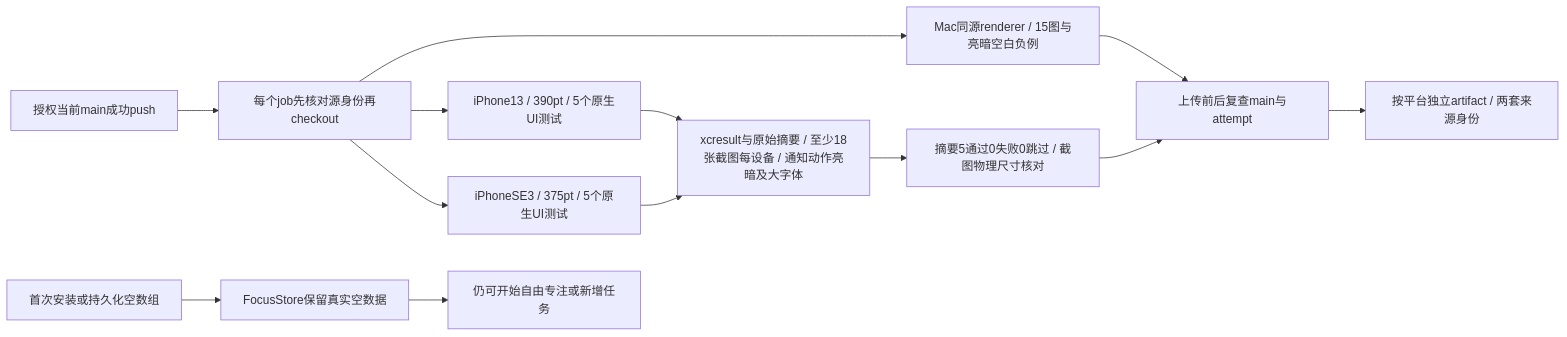
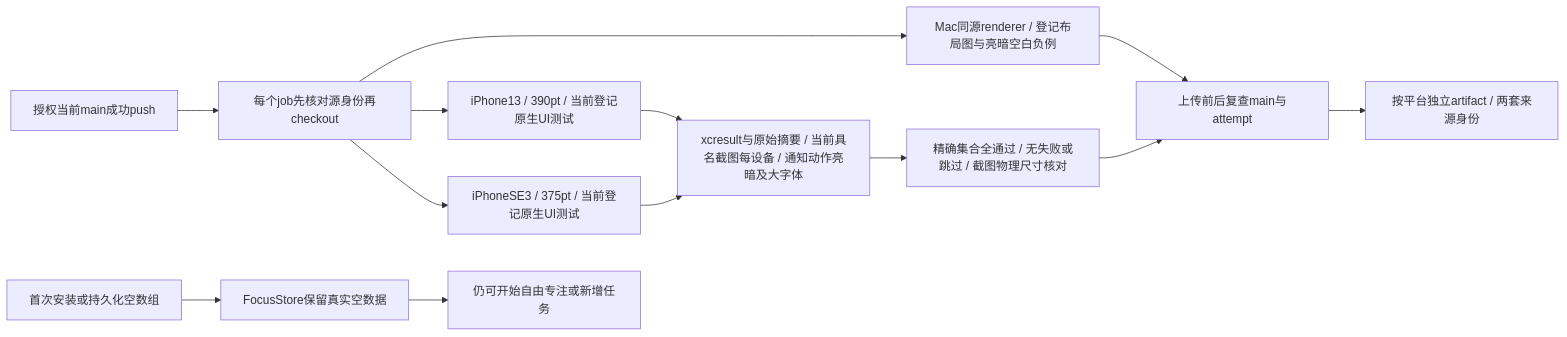
One commit to Altman-sam114/114 changed the seventh of 14 diagrams in md/flow/flowchart.md. Above: the diagram before and after it, drawn with Mermaid. The commit also changed other lines of this file and 8 other files, not shown here.

````diff
--- a/md/flow/flowchart.md
+++ b/md/flow/flowchart.md
@@ -118,15 +118,15 @@
 ```mermaid
 flowchart LR
   SOURCE[授权当前main成功push] --> GATE[每个job先核对源身份再checkout]
-  GATE --> MAC[Mac同源renderer / 15图与亮暗空白负例]
-  GATE --> PHONE1[iPhone13 / 390pt / 5个原生UI测试]
-  GATE --> PHONE2[iPhoneSE3 / 375pt / 5个原生UI测试]
-  PHONE1 --> XC[xcresult与原始摘要 / 至少18张截图每设备 / 通知动作亮暗及大字体]
+  GATE --> MAC[Mac同源renderer / 登记布局图与亮暗空白负例]
+  GATE --> PHONE1[iPhone13 / 390pt / 当前登记原生UI测试]
+  GATE --> PHONE2[iPhoneSE3 / 375pt / 当前登记原生UI测试]
+  PHONE1 --> XC[xcresult与原始摘要 / 当前具名截图每设备 / 通知动作亮暗及大字体]
   PHONE2 --> XC
-  XC --> VERIFY[摘要5通过0失败0跳过 / 截图物理尺寸核对]
+  XC --> VERIFY[精确集合全通过 / 无失败或跳过 / 截图物理尺寸核对]
   MAC --> FRESH[上传前后复查main与attempt]
   VERIFY --> FRESH
   FRESH --> PACK[按平台独立artifact / 两套来源身份]
   EMPTY[首次安装或持久化空数组] --> STORE[FocusStore保留真实空数据]
   STORE --> FREE[仍可开始自由专注或新增任务]
 ```
````
